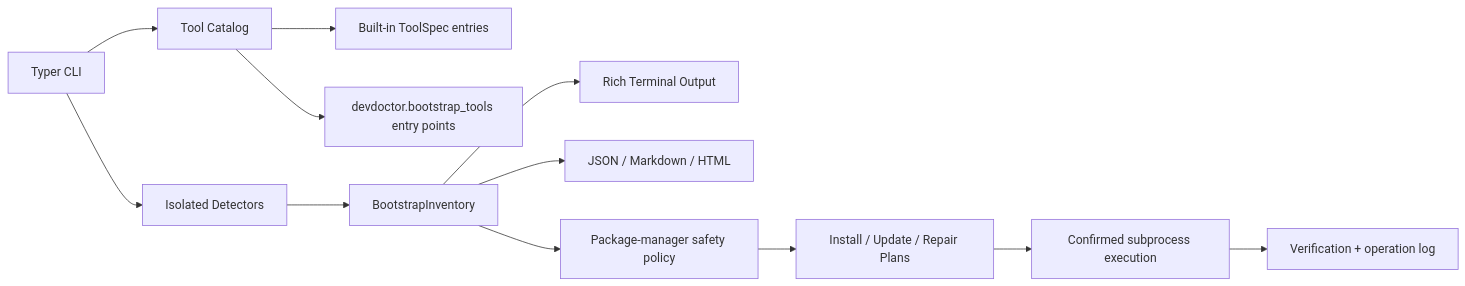
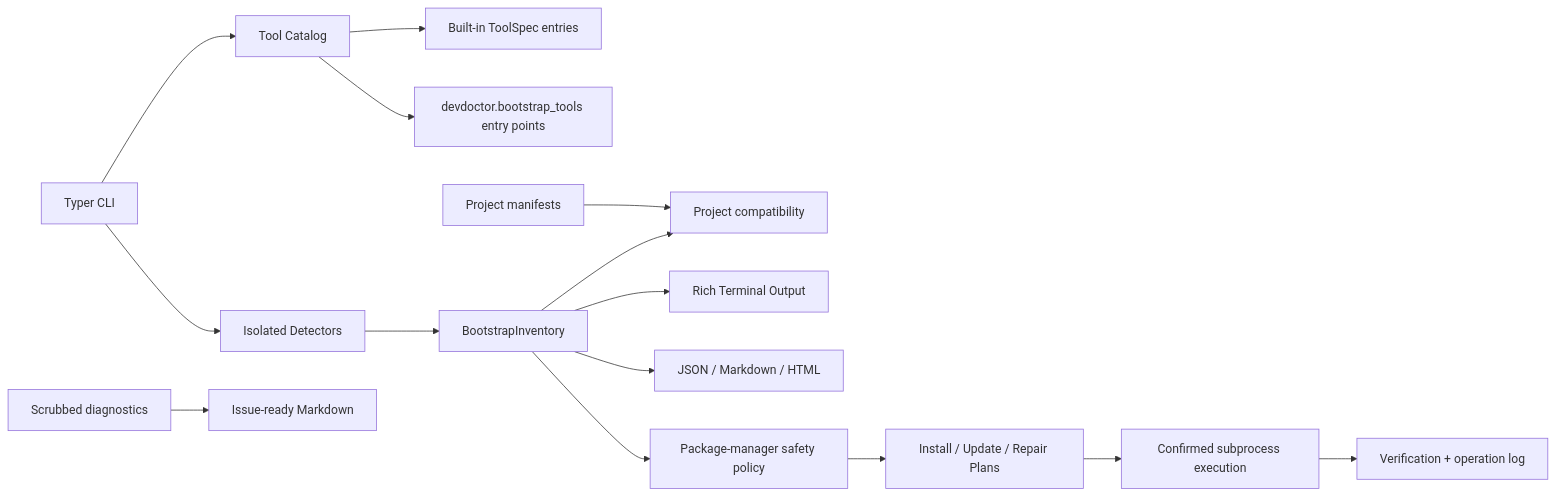
The diagram in README.md (imedkablavi/DevDoctor), drawn with Mermaid before and after one commit. The commit also changed other lines of this file, not shown here.

Commit message:
Show project-aware diagnostics and support workflow in README

````diff
--- a/README.md
+++ b/README.md
@@ -228,14 +283,17 @@
 ```mermaid
 flowchart LR
   CLI[Typer CLI] --> Catalog[Tool Catalog]
   Catalog --> Builtins[Built-in ToolSpec entries]
   Catalog --> Plugins[devdoctor.bootstrap_tools entry points]
   CLI --> Detector[Isolated Detectors]
   Detector --> Inventory[BootstrapInventory]
+  Manifests[Project manifests] --> Project[Project compatibility]
+  Inventory --> Project
   Inventory --> Terminal[Rich Terminal Output]
   Inventory --> Exporters[JSON / Markdown / HTML]
   Inventory --> Policy[Package-manager safety policy]
+  Diagnostics[Scrubbed diagnostics] --> Support[Issue-ready Markdown]
   Policy --> Planner[Install / Update / Repair Plans]
   Planner --> Executor[Confirmed subprocess execution]
   Executor --> Verify[Verification + operation log]
 ```
````
